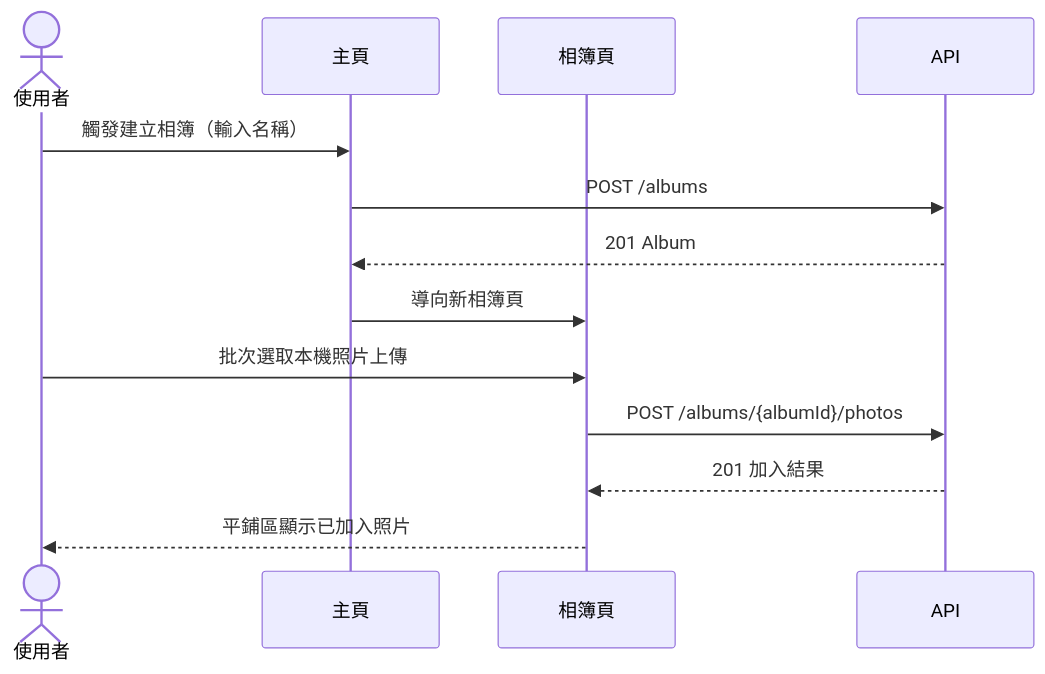
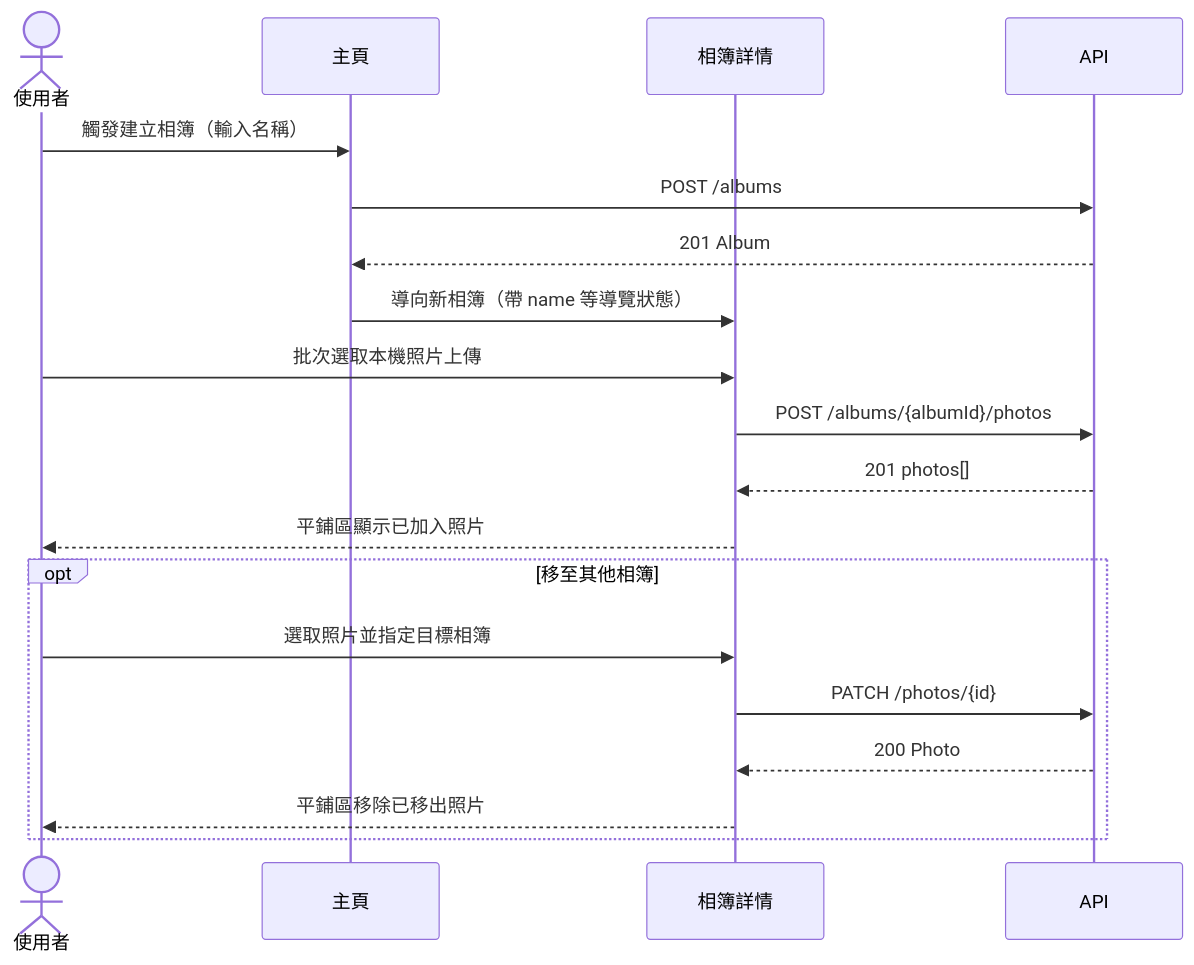
The first of 9 diagrams in .agents/skills/ui-plan/templates/ui-plan.example.md (Waterball-Limited-Company/Jochu-lv1-training-course), drawn with Mermaid before and after one commit. The commit also changed other lines of this file and 84 other files, not shown here.

````diff
--- a/.agents/skills/ui-plan/templates/ui-plan.example.md
+++ b/.agents/skills/ui-plan/templates/ui-plan.example.md
@@ -11,16 +22,23 @@
 ```mermaid
 sequenceDiagram
     actor U as 使用者
     participant Home as 主頁
-    participant Album as 相簿頁
+    participant Album as 相簿詳情
     participant API as API
 
     U->>Home: 觸發建立相簿（輸入名稱）
     Home->>API: POST /albums
     API-->>Home: 201 Album
-    Home->>Album: 導向新相簿頁
+    Home->>Album: 導向新相簿（帶 name 等導覽狀態）
     U->>Album: 批次選取本機照片上傳
     Album->>API: POST /albums/{albumId}/photos
-    API-->>Album: 201 加入結果
+    API-->>Album: 201 photos[]
     Album-->>U: 平鋪區顯示已加入照片
+
+    opt 移至其他相簿
+        U->>Album: 選取照片並指定目標相簿
+        Album->>API: PATCH /photos/{id}
+        API-->>Album: 200 Photo
+        Album-->>U: 平鋪區移除已移出照片
+    end
 ```
````
